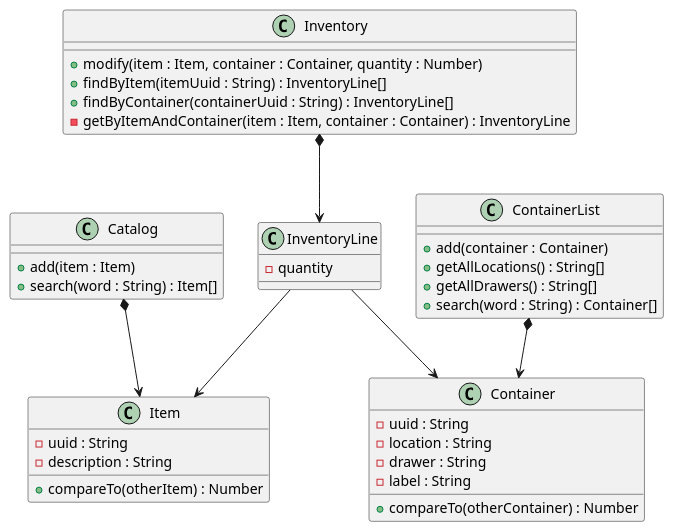
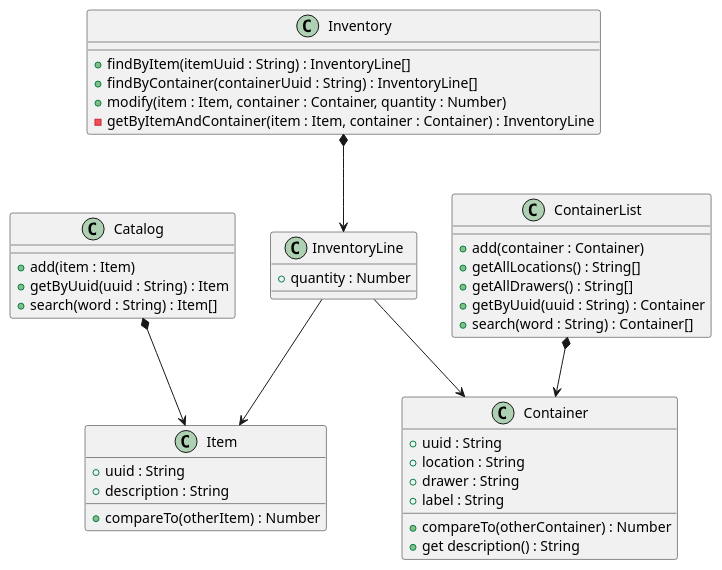
Before and after one commit to IEPSCF-Uccle-PROJWEB2-S1-2021/fablab-components: the diagram in docs/classes.puml, drawn with PlantUML. The commit also changed 9 other files, not shown here.

```diff
--- a/docs/classes.puml
+++ b/docs/classes.puml
@@ -1,39 +1,42 @@
 @startuml classes
 class Catalog {
   + add(item : Item)
+  + getByUuid(uuid : String) : Item
   + search(word : String) : Item[]
 }
 class Item {
-  -uuid : String
-  -description : String
+  + uuid : String
+  + description : String
   + compareTo(otherItem) : Number
 }
 class ContainerList {
   + add(container : Container)
   + getAllLocations() : String[]
   + getAllDrawers() : String[]
+  + getByUuid(uuid : String) : Container
   + search(word : String) : Container[]
 }
 class Container {
-  -uuid : String
-  -location : String
-  -drawer : String
-  -label : String
+  + uuid : String
+  + location : String
+  + drawer : String
+  + label : String
   + compareTo(otherContainer) : Number
+  + get description() : String
 }
 class Inventory {
-  + modify(item : Item, container : Container, quantity : Number)
   + findByItem(itemUuid : String) : InventoryLine[]
   + findByContainer(containerUuid : String) : InventoryLine[]
+  + modify(item : Item, container : Container, quantity : Number)
   - getByItemAndContainer(item : Item, container : Container) : InventoryLine
 }
 class InventoryLine {
-  -quantity
+  + quantity : Number
 }
 
 Catalog *--> Item
 ContainerList *--> Container
 Inventory *--> InventoryLine
 InventoryLine --> Container
 InventoryLine --> Item
 @enduml
```
